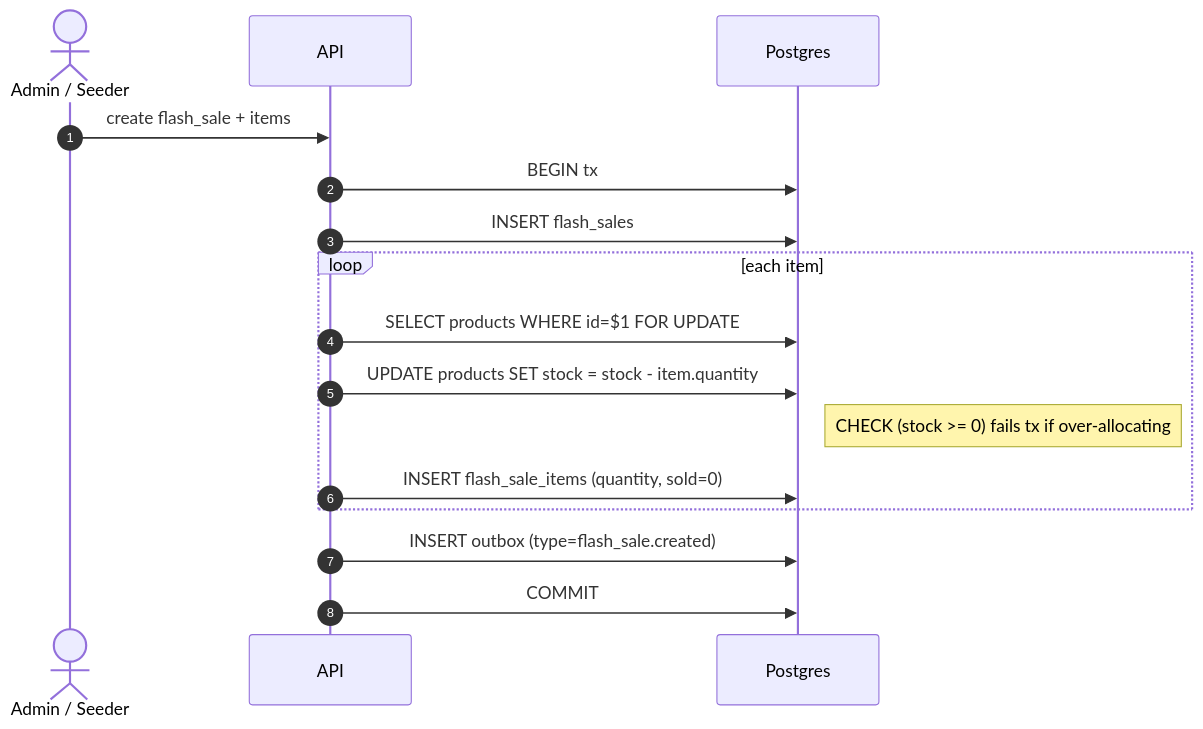
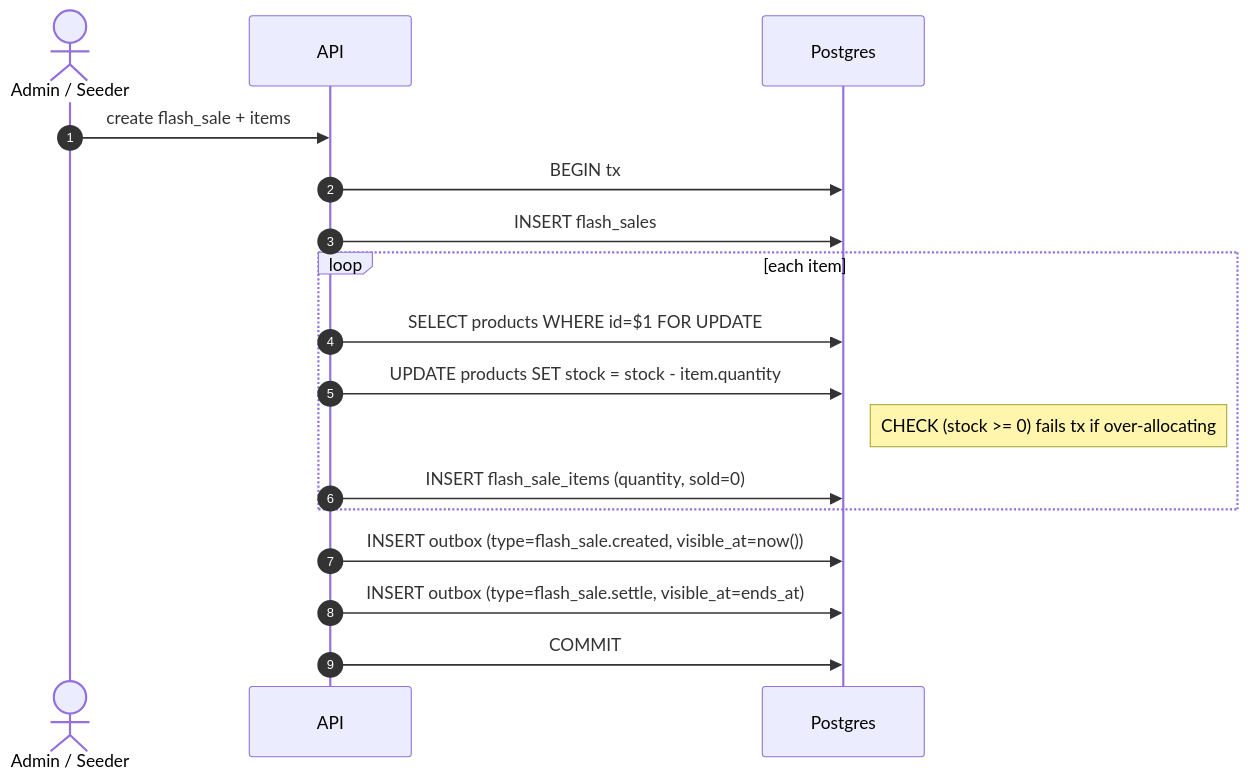
Before and after one commit to khuongnguyenBlue/flashsales-agapi: the seventh of 10 diagrams in docs/DESIGN.md, drawn with Mermaid. The commit also changed other lines of this file, not shown here.

First line of the commit message:
docs(design): reflect sale settlement and fix diagram accuracy

````diff
--- a/docs/DESIGN.md
+++ b/docs/DESIGN.md
@@ -288,19 +289,20 @@
 ```mermaid
 sequenceDiagram
     autonumber
     actor A as Admin / Seeder
     participant API
     participant DB as Postgres
 
     A->>API: create flash_sale + items
     API->>DB: BEGIN tx
     API->>DB: INSERT flash_sales
     loop each item
         API->>DB: SELECT products WHERE id=$1 FOR UPDATE
         API->>DB: UPDATE products SET stock = stock - item.quantity
         Note right of DB: CHECK (stock >= 0) fails tx if over-allocating
         API->>DB: INSERT flash_sale_items (quantity, sold=0)
     end
-    API->>DB: INSERT outbox (type=flash_sale.created)
+    API->>DB: INSERT outbox (type=flash_sale.created, visible_at=now())
+    API->>DB: INSERT outbox (type=flash_sale.settle, visible_at=ends_at)
     API->>DB: COMMIT
 ```
````
